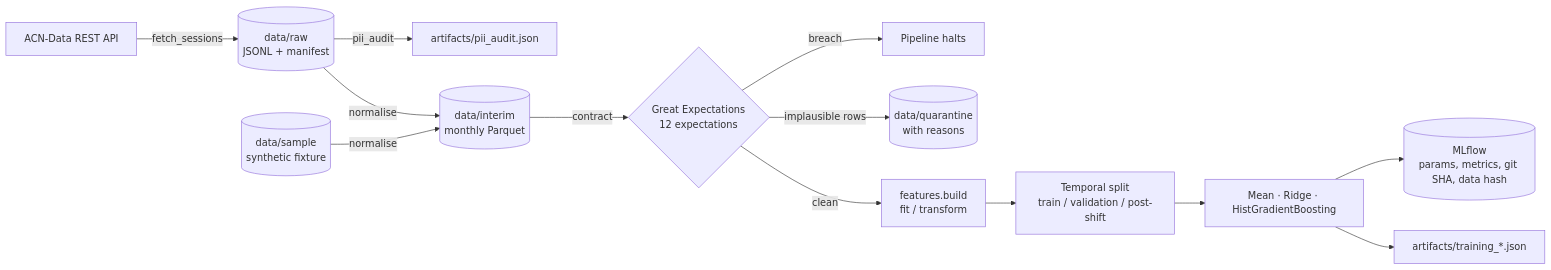
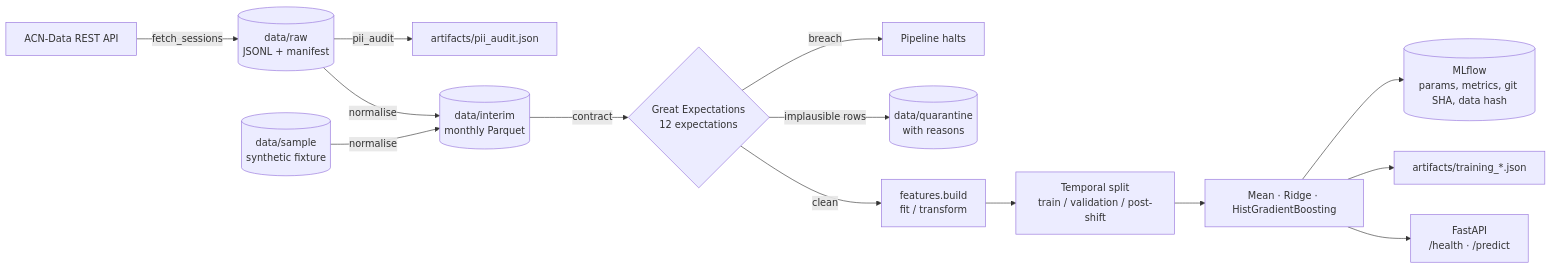
The first of 2 diagrams in docs/architecture.md (deva-prakash-j/ev-charge-mlops), drawn with Mermaid before and after one commit. The commit also changed other lines of this file and 16 other files, not shown here.

````diff
--- a/docs/architecture.md
+++ b/docs/architecture.md
@@ -5,15 +5,16 @@
 ```mermaid
 flowchart LR
   A[ACN-Data REST API] -->|fetch_sessions| B[(data/raw<br/>JSONL + manifest)]
   B -->|pii_audit| E[artifacts/pii_audit.json]
   B -->|normalise| C[(data/interim<br/>monthly Parquet)]
   S[(data/sample<br/>synthetic fixture)] -->|normalise| C
   C -->|contract| D{Great Expectations<br/>12 expectations}
   D -->|breach| X[Pipeline halts]
   D -->|implausible rows| Q[(data/quarantine<br/>with reasons)]
   D -->|clean| F[features.build<br/>fit / transform]
   F --> G[Temporal split<br/>train / validation / post-shift]
   G --> H[Mean · Ridge · HistGradientBoosting]
   H --> I[(MLflow<br/>params, metrics, git SHA, data hash)]
   H --> J[artifacts/training_*.json]
+  H --> K[FastAPI<br/>/health · /predict]
 ```
````
